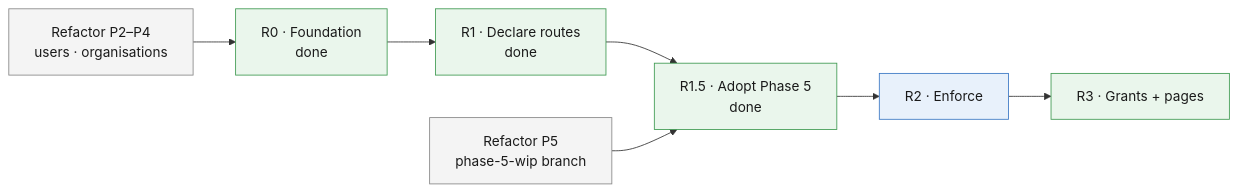
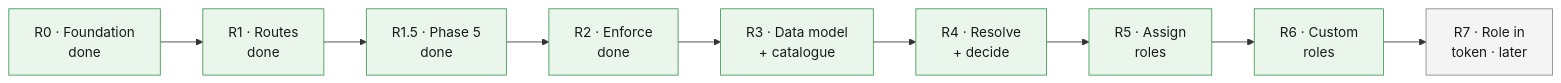
Before and after one commit to Blue-Dots-Economy/aggregator-dpg: the first of 2 diagrams in docs/rbac/rbac-implementation-plan.md, drawn with Mermaid. The commit also changed other lines of this file and 106 other files, not shown here.

````diff
--- a/docs/rbac/rbac-implementation-plan.md
+++ b/docs/rbac/rbac-implementation-plan.md
@@ -21,22 +22,25 @@
 ```mermaid
 flowchart LR
-    P3["Refactor P2–P4<br/>users · organisations"]
     R0["R0 · Foundation<br/>done"]
-    R1["R1 · Declare routes<br/>done"]
-    P5["Refactor P5<br/>phase-5-wip branch"]
-    R15["R1.5 · Adopt Phase 5<br/>done"]
-    R2["R2 · Enforce"]
-    R3["R3 · Grants + pages"]
-    P3 --> R0
+    R1["R1 · Routes<br/>done"]
+    R15["R1.5 · Phase 5<br/>done"]
+    R2["R2 · Enforce<br/>done"]
+    R3["R3 · Data model<br/>+ catalogue"]
+    R4["R4 · Resolve<br/>+ decide"]
+    R5["R5 · Assign<br/>roles"]
+    R6["R6 · Custom<br/>roles"]
+    R7["R7 · Role in<br/>token · later"]
     R0 --> R1
     R1 --> R15
-    P5 --> R15
     R15 --> R2
     R2 --> R3
-    classDef ref fill:#f4f4f4,stroke:#888,color:#1a1a1a
+    R3 --> R4
+    R4 --> R5
+    R5 --> R6
+    R6 --> R7
     classDef done fill:#eaf6ec,stroke:#3f9a52,color:#1a1a1a
     classDef todo fill:#e8f1fb,stroke:#3b78c4,color:#1a1a1a
-    class P3,P5 ref
-    class R0,R1,R15,R3 done
-    class R2 todo
+    classDef later fill:#f4f4f4,stroke:#888,color:#1a1a1a
+    class R0,R1,R15,R2,R3,R4,R5,R6 done
+    class R7 later
 ```
````
